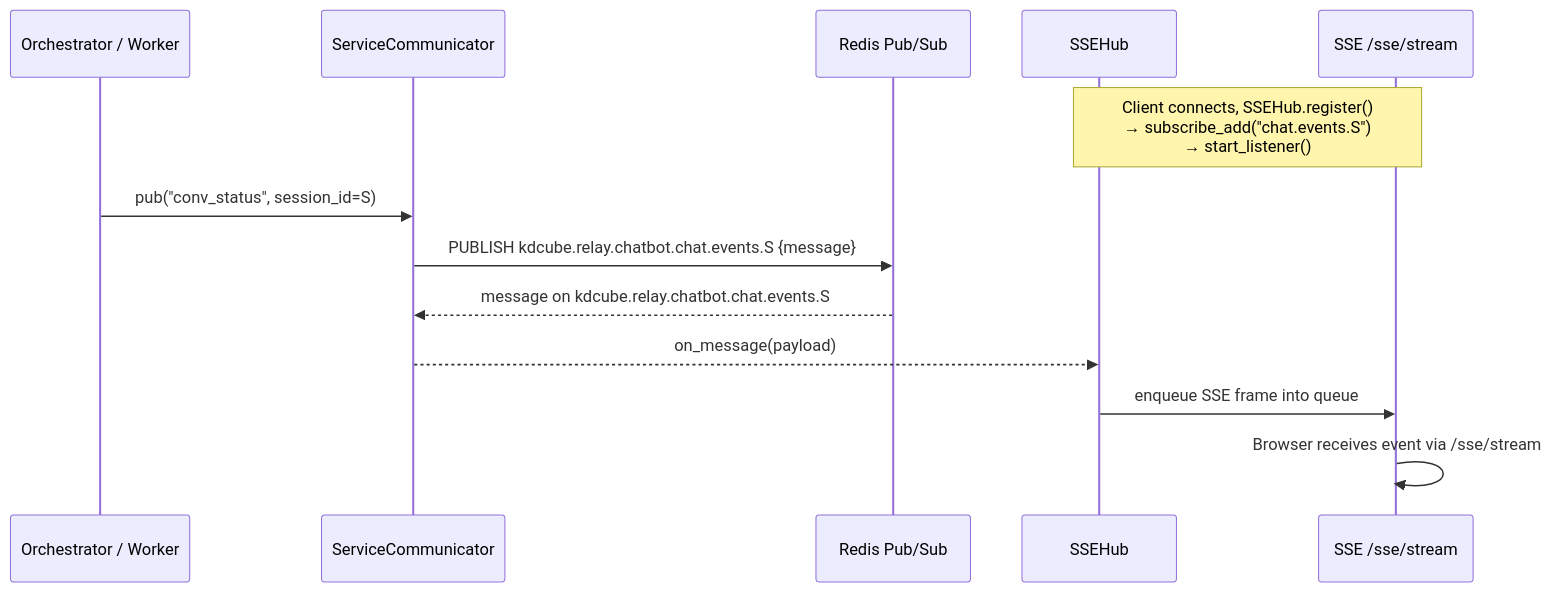
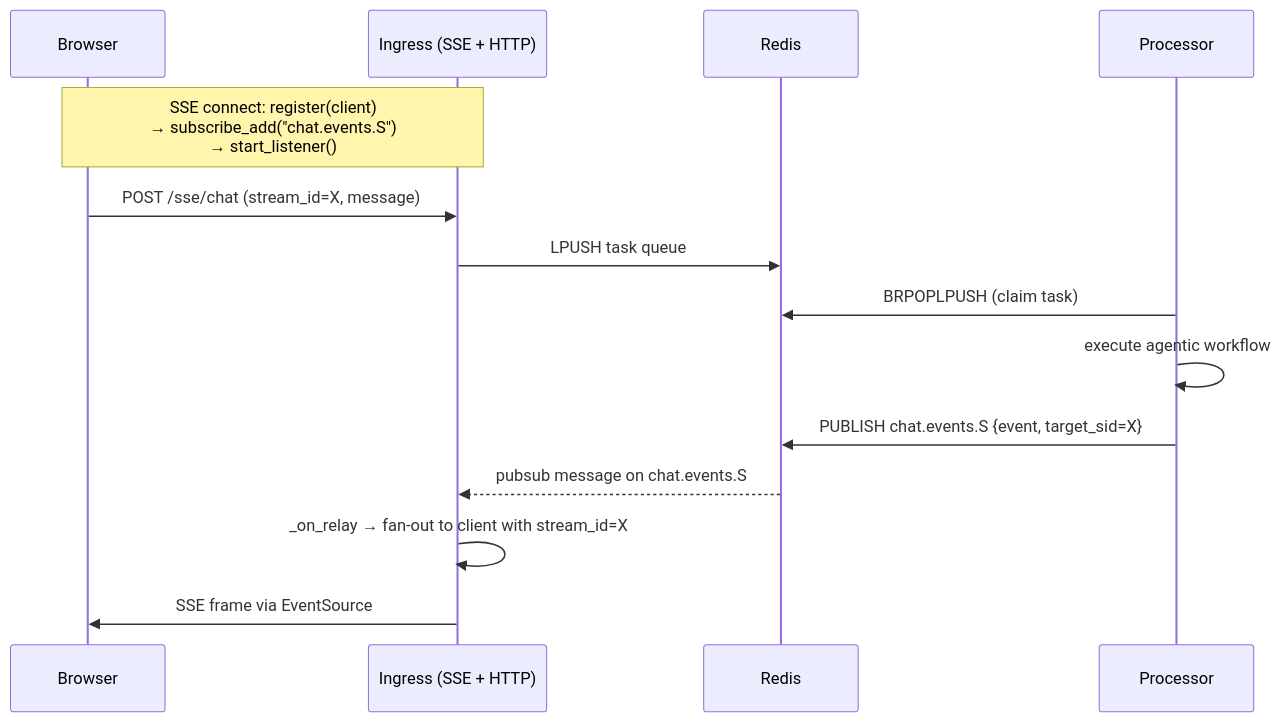
Before and after one commit to kdcube/kdcube-ai-app: the first of 2 diagrams in app/ai-app/docs/service/comm/CHAT-RELAY-SESSION-SUBSCR-SSE-SOCKETIO-FUNOUT.README.md, drawn with Mermaid. The commit also changed other lines of this file and 3 other files, not shown here.

First line of the commit message:
Fix SSE fan-out silent drop on client reconnect and stabilize skill override order

````diff
--- a/app/ai-app/docs/service/comm/CHAT-RELAY-SESSION-SUBSCR-SSE-SOCKETIO-FUNOUT.README.md
+++ b/app/ai-app/docs/service/comm/CHAT-RELAY-SESSION-SUBSCR-SSE-SOCKETIO-FUNOUT.README.md
@@ -316,17 +353,19 @@
 ```mermaid
 sequenceDiagram
-    participant Worker as Orchestrator / Worker
-    participant Comm as ServiceCommunicator
-    participant Redis as Redis Pub/Sub
-    participant Hub as SSEHub
-    participant Client as SSE /sse/stream
+    participant Browser
+    participant Ingress as Ingress (SSE + HTTP)
+    participant Redis as Redis
+    participant Proc as Processor
 
-    Note over Client,Hub: Client connects, SSEHub.register()<br>→ subscribe_add("chat.events.S")<br>→ start_listener()
+    Note over Browser,Ingress: SSE connect: register(client)<br>→ subscribe_add("chat.events.S")<br>→ start_listener()
 
-    Worker->>Comm: pub("conv_status", session_id=S)
-    Comm->>Redis: PUBLISH kdcube.relay.chatbot.chat.events.S {message}
-    Redis-->>Comm: message on kdcube.relay.chatbot.chat.events.S
-    Comm-->>Hub: on_message(payload)
-    Hub->>Client: enqueue SSE frame into queue
-    Client->>Client: Browser receives event via /sse/stream
+    Browser->>Ingress: POST /sse/chat (stream_id=X, message)
+    Ingress->>Redis: LPUSH task queue
+    Proc->>Redis: BRPOPLPUSH (claim task)
+    Proc->>Proc: execute agentic workflow
+
+    Proc->>Redis: PUBLISH chat.events.S {event, target_sid=X}
+    Redis-->>Ingress: pubsub message on chat.events.S
+    Ingress->>Ingress: _on_relay → fan-out to client with stream_id=X
+    Ingress->>Browser: SSE frame via EventSource
 ```
````
